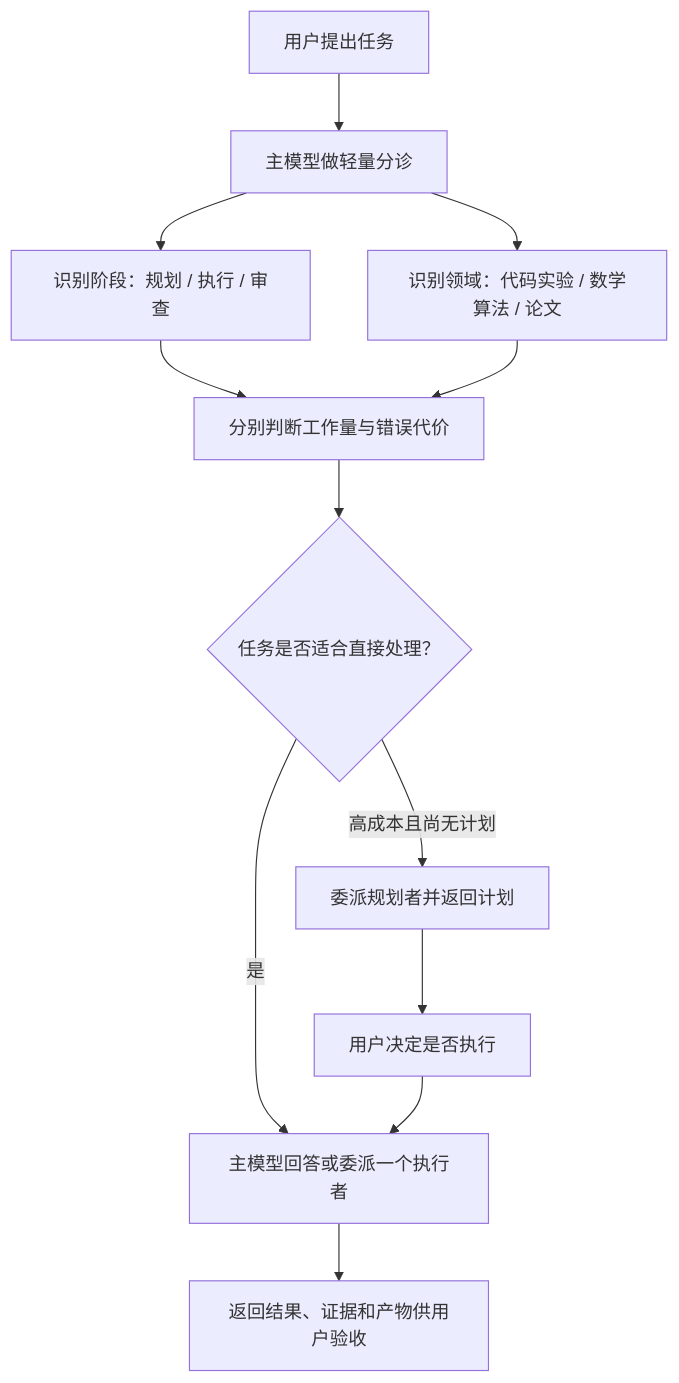
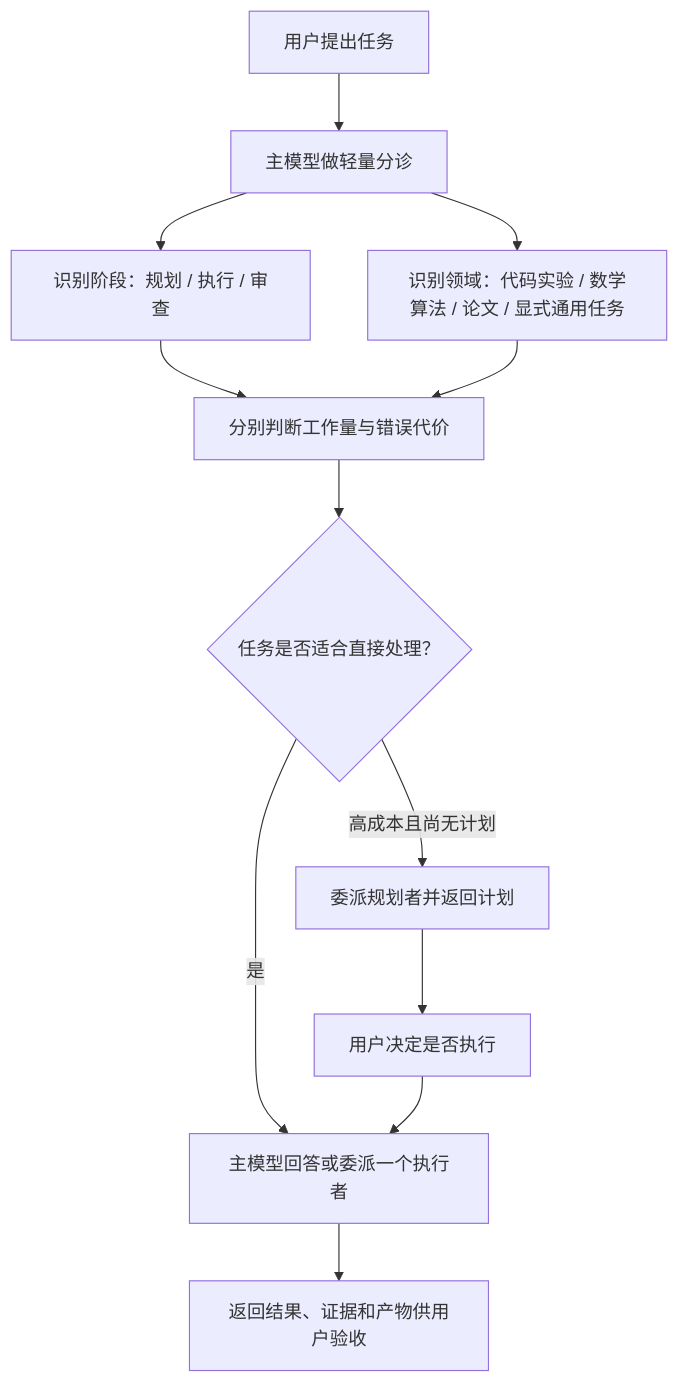
Before and after one commit to Hantao23/agent-academic-squad: the diagram in README.zh-CN.md, drawn with Mermaid. The commit also changed other lines of this file and 10 other files, not shown here.

````diff
--- a/README.zh-CN.md
+++ b/README.zh-CN.md
@@ -26,14 +26,14 @@
 ```mermaid
 flowchart TD
     A["用户提出任务"] --> B["主模型做轻量分诊"]
     B --> C["识别阶段：规划 / 执行 / 审查"]
-    B --> D["识别领域：代码实验 / 数学算法 / 论文"]
+    B --> D["识别领域：代码实验 / 数学算法 / 论文 / 显式通用任务"]
     C --> E["分别判断工作量与错误代价"]
     D --> E
     E --> F{"任务是否适合直接处理？"}
     F -- "是" --> G["主模型回答或委派一个执行者"]
     F -- "高成本且尚无计划" --> H["委派规划者并返回计划"]
     H --> I["用户决定是否执行"]
     I --> G
     G --> J["返回结果、证据和产物供用户验收"]
 ```
````
